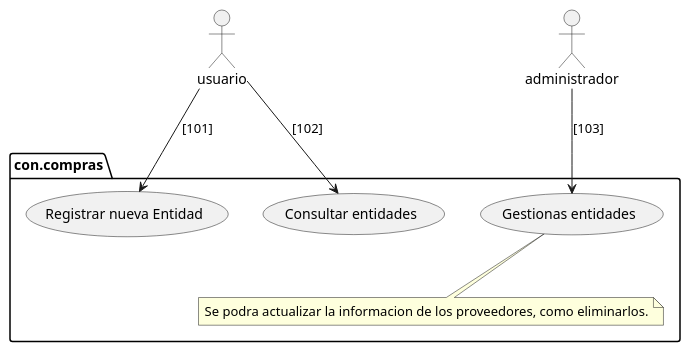
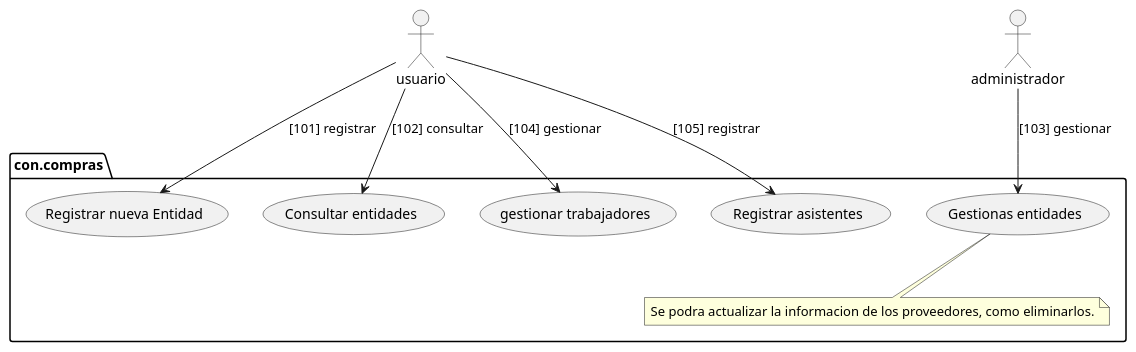
Before and after one commit to Digbers/camal-microservice: the diagram in UML/entidades/UC entidades.puml, drawn with PlantUML. The commit also changed 174 other files, not shown here.

```diff
--- a/UML/entidades/UC entidades.puml
+++ b/UML/entidades/UC entidades.puml
@@ -1,17 +1,21 @@
 @startuml
 actor "usuario" as cli
 actor "administrador" as adm
 package "con.compras" {
 note "Se podra actualizar la informacion de los proveedores, como eliminarlos." as N2
 
     usecase "Registrar nueva Entidad" as en
     usecase "Consultar entidades" as recom
     usecase "Gestionas entidades" as ges
-
+    usecase "gestionar trabajadores" as trabajadores
+    usecase "Registrar asistentes" as asistentes
     ges ..N2
 }
-cli --> en :[101]
-cli --> recom :[102]
-adm --> ges :[103]
+cli --> en :[101] registrar
+cli --> recom :[102] consultar
+adm --> ges :[103] gestionar
+cli --> trabajadores :[104] gestionar
+cli --> asistentes :[105] registrar
+
 
 @enduml
```
